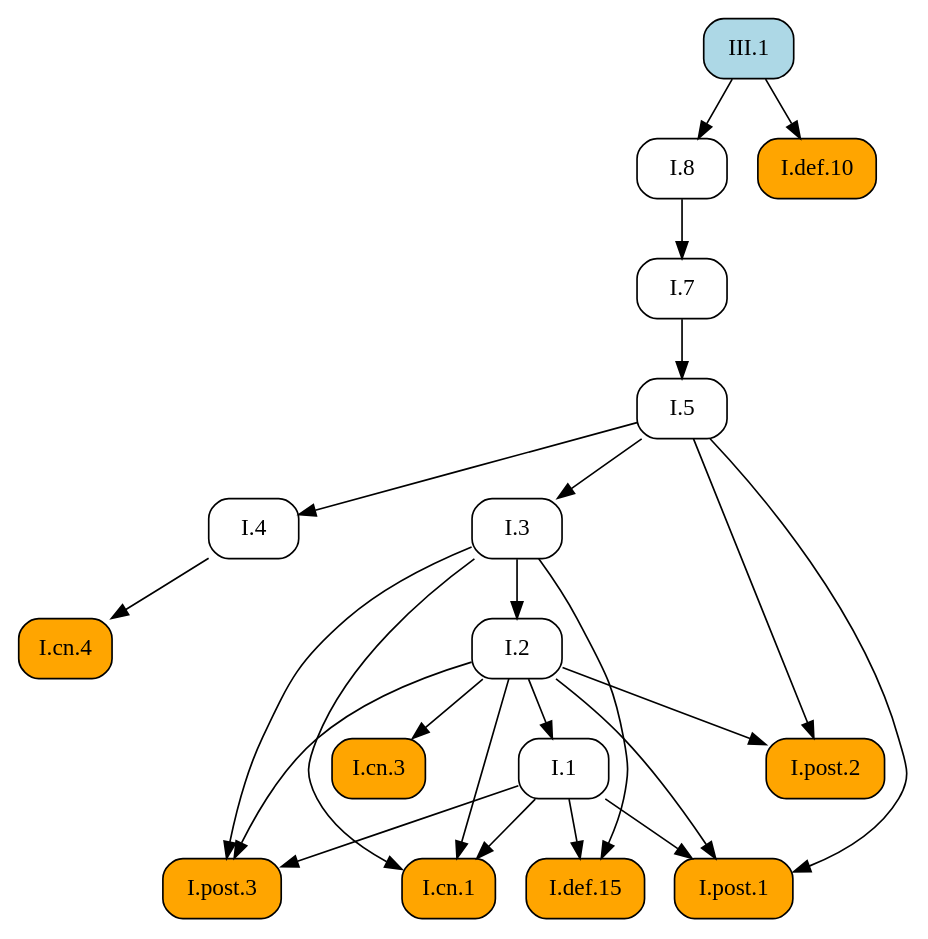
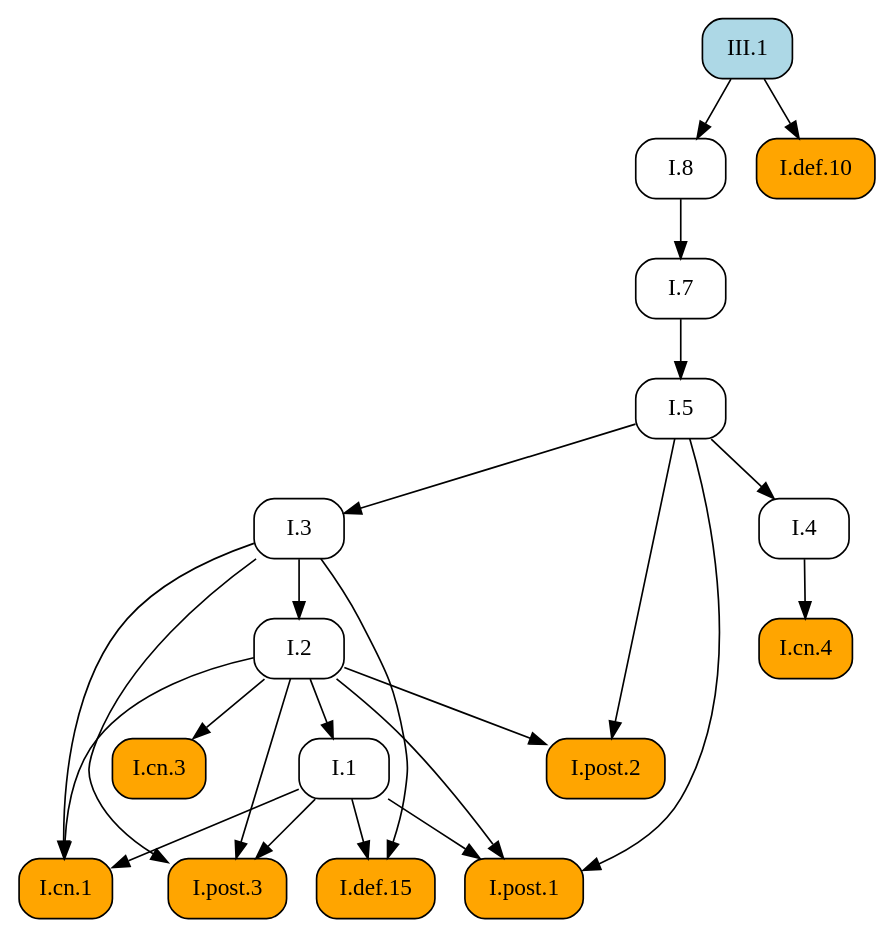
The diagram in docsrc/elements2/III/1/index.rst (geometor/elements), drawn with Graphviz before and after one commit. The commit also changed other lines of this file and 409 other files, not shown here.

First line of the commit message:
feat: Add image cropping and graphic extraction script

```diff
--- a/docsrc/elements2/III/1/index.rst
+++ b/docsrc/elements2/III/1/index.rst
@@ -99,45 +99,45 @@
 .. graphviz::
 
    digraph {
      rankdir="TB";
      node [shape=box, style=rounded];
+     "I.def.15" [style="rounded,filled", fillcolor=orange, URL="/elements2/I/def.15/", target="_top"];
+     "I.def.10" [style="rounded,filled", fillcolor=orange, URL="/elements2/I/def.10/", target="_top"];
      "I.8" [URL="/elements2/I/8/", target="_top"];
+     "I.post.1" [style="rounded,filled", fillcolor=orange, URL="/elements2/I/post.1/", target="_top"];
+     "I.5" [URL="/elements2/I/5/", target="_top"];
+     "I.post.2" [style="rounded,filled", fillcolor=orange, URL="/elements2/I/post.2/", target="_top"];
+     "I.3" [URL="/elements2/I/3/", target="_top"];
+     "I.2" [URL="/elements2/I/2/", target="_top"];
      "I.post.3" [style="rounded,filled", fillcolor=orange, URL="/elements2/I/post.3/", target="_top"];
-     "I.2" [URL="/elements2/I/2/", target="_top"];
+     "I.cn.4" [style="rounded,filled", fillcolor=orange, URL="/elements2/I/cn.4/", target="_top"];
      "I.1" [URL="/elements2/I/1/", target="_top"];
-     "I.cn.4" [style="rounded,filled", fillcolor=orange, URL="/elements2/I/cn.4/", target="_top"];
+     "I.cn.1" [style="rounded,filled", fillcolor=orange, URL="/elements2/I/cn.1/", target="_top"];
+     "III.1" [style="rounded,filled", fillcolor=lightblue, URL="/elements2/III/1/", target="_top"];
+     "I.4" [URL="/elements2/I/4/", target="_top"];
      "I.cn.3" [style="rounded,filled", fillcolor=orange, URL="/elements2/I/cn.3/", target="_top"];
-     "I.def.15" [style="rounded,filled", fillcolor=orange, URL="/elements2/I/def.15/", target="_top"];
-     "I.4" [URL="/elements2/I/4/", target="_top"];
      "I.7" [URL="/elements2/I/7/", target="_top"];
-     "III.1" [style="rounded,filled", fillcolor=lightblue, URL="/elements2/III/1/", target="_top"];
-     "I.post.1" [style="rounded,filled", fillcolor=orange, URL="/elements2/I/post.1/", target="_top"];
-     "I.3" [URL="/elements2/I/3/", target="_top"];
-     "I.post.2" [style="rounded,filled", fillcolor=orange, URL="/elements2/I/post.2/", target="_top"];
-     "I.5" [URL="/elements2/I/5/", target="_top"];
-     "I.cn.1" [style="rounded,filled", fillcolor=orange, URL="/elements2/I/cn.1/", target="_top"];
-     "I.def.10" [style="rounded,filled", fillcolor=orange, URL="/elements2/I/def.10/", target="_top"];
+     "I.1" -> "I.def.15";
+     "I.3" -> "I.def.15";
+     "III.1" -> "I.def.10";
      "III.1" -> "I.8";
+     "I.1" -> "I.post.1";
+     "I.2" -> "I.post.1";
+     "I.5" -> "I.post.1";
+     "I.7" -> "I.5";
+     "I.2" -> "I.post.2";
+     "I.5" -> "I.post.2";
+     "I.5" -> "I.3";
+     "I.3" -> "I.2";
      "I.1" -> "I.post.3";
      "I.2" -> "I.post.3";
      "I.3" -> "I.post.3";
-     "I.3" -> "I.2";
+     "I.4" -> "I.cn.4";
      "I.2" -> "I.1";
-     "I.4" -> "I.cn.4";
-     "I.2" -> "I.cn.3";
-     "I.1" -> "I.def.15";
-     "I.3" -> "I.def.15";
-     "I.5" -> "I.4";
-     "I.8" -> "I.7";
-     "I.1" -> "I.post.1";
-     "I.2" -> "I.post.1";
-     "I.5" -> "I.post.1";
-     "I.5" -> "I.3";
-     "I.2" -> "I.post.2";
-     "I.5" -> "I.post.2";
-     "I.7" -> "I.5";
      "I.1" -> "I.cn.1";
      "I.2" -> "I.cn.1";
      "I.3" -> "I.cn.1";
-     "III.1" -> "I.def.10";
+     "I.5" -> "I.4";
+     "I.2" -> "I.cn.3";
+     "I.8" -> "I.7";
    }
```
